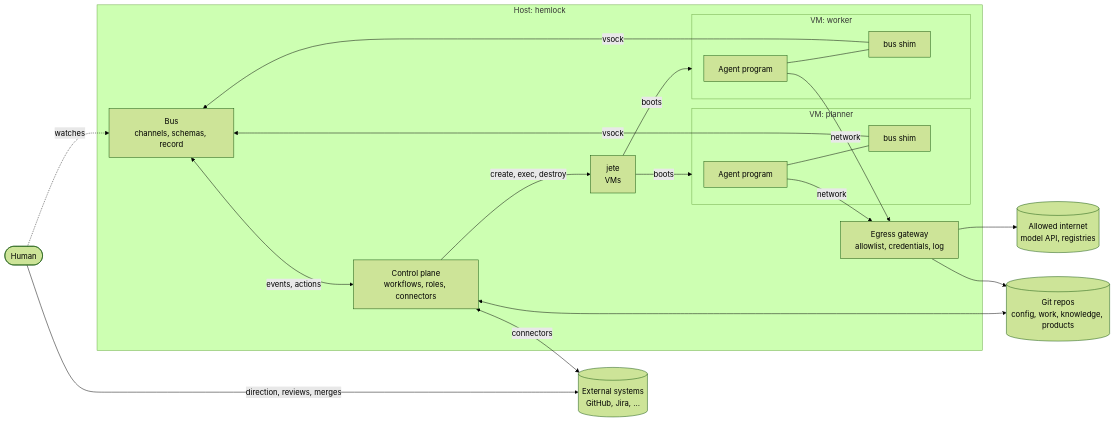
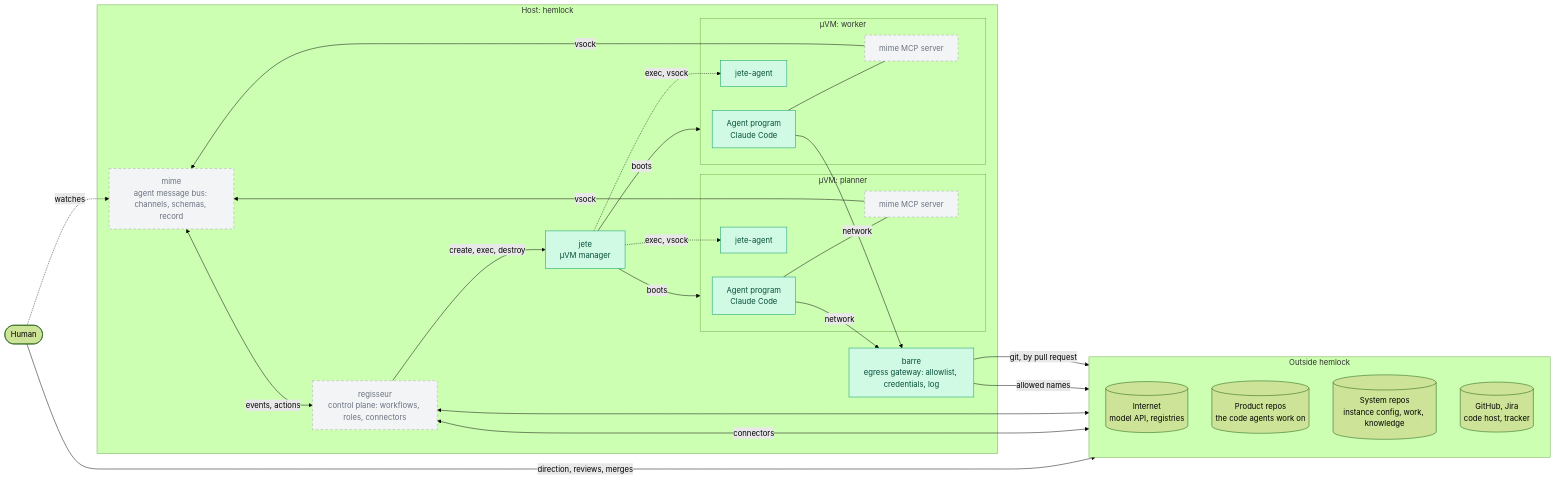
Before and after one commit to carloswestman/machinesdancing: the diagram in docs/architecture.md, drawn with Mermaid (forest theme). The commit also changed other lines of this file, not shown here.

Commit message:
architecture: the picture from the talk, with names and stores by who reaches them
The diagram names each tool (regisseur, mime, barre, jete), shows the
agent program and jete-agent in each µVM and mime's MCP server, colours
what's built, and splits the outside stores by who reaches them: the
internet and product repos through barre, the system repos and the code
host and tracker through regisseur.

````diff
--- a/docs/architecture.md
+++ b/docs/architecture.md
@@ -22,31 +22,44 @@
 ```mermaid
 flowchart LR
     human([Human])
-    ext[(External systems<br/>GitHub, Jira, ...)]
-    repos[(Git repos<br/>config, work, knowledge, products)]
-    internet[(Allowed internet<br/>model API, registries)]
+    subgraph outside[Outside hemlock]
+        direction TB
+        internet[(Internet<br/>model API, registries)]
+        product[(Product repos<br/>the code agents work on)]
+        sysrepos[(System repos<br/>instance config, work, knowledge)]
+        ext[(GitHub, Jira<br/>code host, tracker)]
+    end
 
     subgraph host[Host: hemlock]
-        cp[Control plane<br/>workflows, roles, connectors]
-        bus[Bus<br/>channels, schemas, record]
-        gw[Egress gateway<br/>allowlist, credentials, log]
-        jete[jete<br/>VMs]
-        subgraph vm1[VM: planner]
-            a1[Agent program] --- s1[bus shim]
+        cp[regisseur<br/>control plane: workflows, roles, connectors]
+        bus[mime<br/>agent message bus: channels, schemas, record]
+        gw[barre<br/>egress gateway: allowlist, credentials, log]
+        jete[jete<br/>µVM manager]
+        subgraph vm1[µVM: planner]
+            a1[Agent program<br/>Claude Code] --- s1[mime MCP server]
+            j1[jete-agent]
         end
-        subgraph vm2[VM: worker]
-            a2[Agent program] --- s2[bus shim]
+        subgraph vm2[µVM: worker]
+            a2[Agent program<br/>Claude Code] --- s2[mime MCP server]
+            j2[jete-agent]
         end
     end
 
     human -- direction, reviews, merges --> ext
     human -. watches .-> bus
     cp -- create, exec, destroy --> jete
     jete -- boots --> vm1 & vm2
+    jete -. exec, vsock .-> j1 & j2
     s1 & s2 -- vsock --> bus
     bus <-- events, actions --> cp
     cp <-- connectors --> ext
-    cp <--> repos
+    cp <--> sysrepos
     a1 & a2 -- network --> gw
-    gw --> internet & repos
+    gw -- allowed names --> internet
+    gw -- git, by pull request --> product
+
+    classDef built fill:#d1fae5,stroke:#059669,color:#064e3b
+    classDef planned fill:#f3f4f6,stroke:#9ca3af,stroke-dasharray:5 5,color:#6b7280
+    class jete,gw,a1,a2,j1,j2 built
+    class cp,bus,s1,s2 planned
 ```
````
